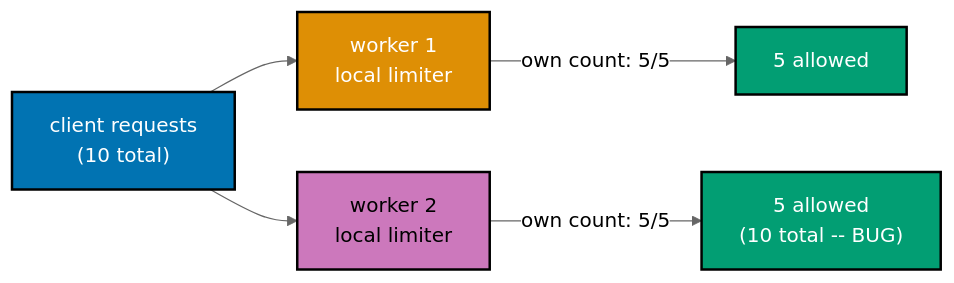
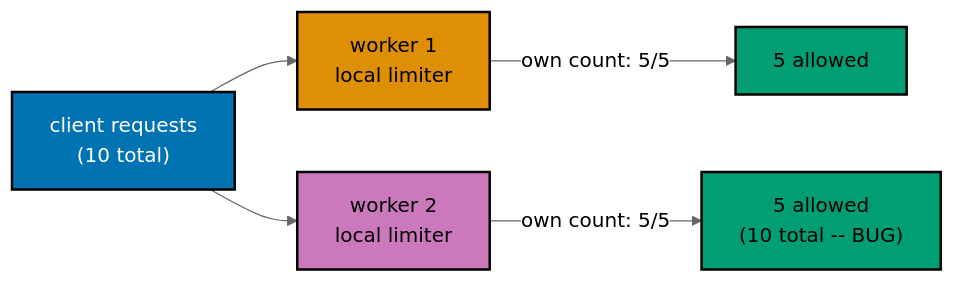
One commit to wahidyankf/ose-public changed the fifth of 6 diagrams in apps/ayokoding-www/content/en/learn/courses/security-essentials/learning/advanced.md. Above: the diagram before and after it, drawn with Mermaid (neutral theme). The commit also changed other lines of this file and 145 other files, not shown here.

First line of the commit message:
fix(mermaid): bring the second half of the courses diagrams onto the accessible palette

````diff
--- a/apps/ayokoding-www/content/en/learn/courses/security-essentials/learning/advanced.md
+++ b/apps/ayokoding-www/content/en/learn/courses/security-essentials/learning/advanced.md
@@ -3102,13 +3114,16 @@
 ```mermaid
 %% Color Palette: Blue #0173B2, Orange #DE8F05, Teal #029E73, Purple #CC78BC
 graph LR
+    accTitle: Example 73: Distributed Rate Limiting
+    accDescr: Graph with 6 nodes and 5 connections. Nodes: client requests (10 total), worker 1 local limiter, worker 2 local limiter, 5 allowed, R2, BUG. Connections: client requests (10 total) to worker 1 local limiter, client requests (10 total) to worker 2 local limiter, worker 1 local limiter to 5 allowed (own count: 5/5), worker 2 local limiter to R2 (own count: 5/5), R2 to BUG.
     C1["client requests<br/>(10 total)"]:::blue --> W1["worker 1<br/>local limiter"]:::orange
     C1 --> W2["worker 2<br/>local limiter"]:::purple
     W1 -->|"own count: 5/5"| R1["5 allowed"]:::teal
     W2 -->|"own count: 5/5"| R2["5 allowed<br/>(10 total -- BUG)"]:::teal
 
     classDef blue fill:#0173B2,stroke:#000000,color:#FFFFFF,stroke-width:2px
-    classDef orange fill:#DE8F05,stroke:#000000,color:#FFFFFF,stroke-width:2px
-    classDef teal fill:#029E73,stroke:#000000,color:#FFFFFF,stroke-width:2px
+    classDef orange fill:#DE8F05,stroke:#000000,color:#000000,stroke-width:2px
+    classDef teal fill:#029E73,stroke:#000000,color:#000000,stroke-width:2px
     classDef purple fill:#CC78BC,stroke:#000000,color:#000000,stroke-width:2px
+    classDef default fill:#FFFFFF,stroke:#000000,color:#000000
 ```
````
